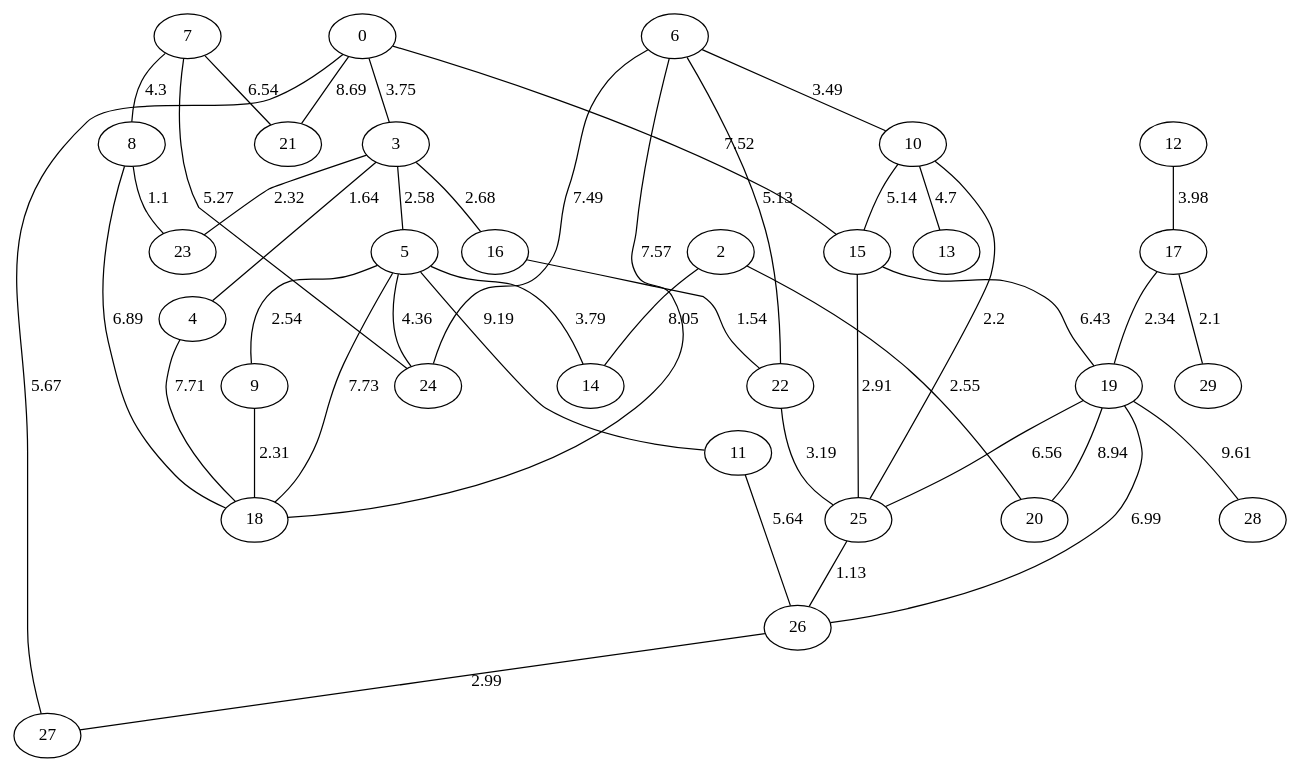
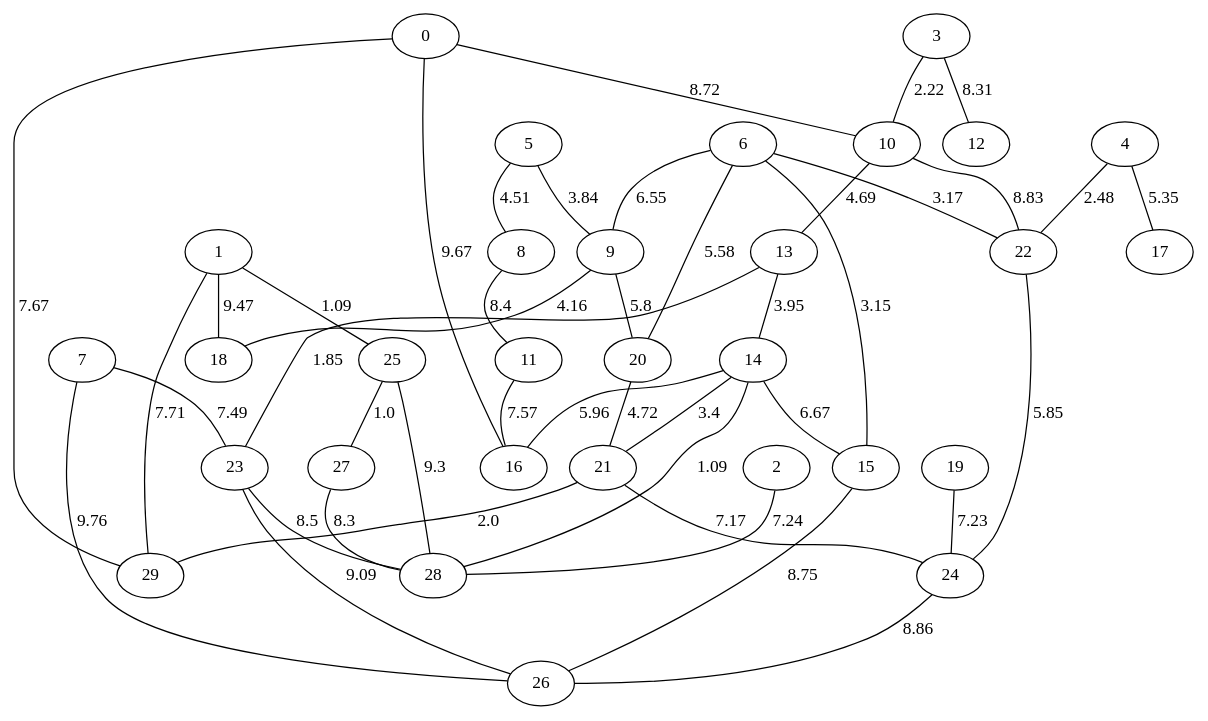
Before and after one commit to amorac4/DAA24: the diagram in Proyecto 3/ejemplos_grafo_dijkstra/grafo_Erdös-Rényi_30.gv, drawn with Graphviz. The commit also changed 61 other files, not shown here.

```diff
--- a/Proyecto 3/ejemplos_grafo_dijkstra/grafo_Erdös-Rényi_30.gv
+++ b/Proyecto 3/ejemplos_grafo_dijkstra/grafo_Erdös-Rényi_30.gv
@@ -1,74 +1,75 @@
 graph G {
 "0";
+"1";
 "2";
 "3";
 "4";
 "5";
 "6";
 "7";
 "8";
 "9";
 "10";
 "11";
 "12";
 "13";
 "14";
 "15";
 "16";
 "17";
 "18";
 "19";
 "20";
 "21";
 "22";
 "23";
 "24";
 "25";
 "26";
 "27";
 "28";
 "29";
-    "5" -- "9"[label="2.54", len="2.54"];
-    "0" -- "27"[label="5.67", len="5.67"];
-    "7" -- "21"[label="6.54", len="6.54"];
-    "8" -- "23"[label="1.1", len="1.1"];
-    "4" -- "18"[label="7.71", len="7.71"];
-    "17" -- "29"[label="2.1", len="2.1"];
-    "19" -- "26"[label="6.99", len="6.99"];
-    "10" -- "15"[label="5.14", len="5.14"];
-    "6" -- "24"[label="7.49", len="7.49"];
-    "9" -- "18"[label="2.31", len="2.31"];
-    "15" -- "19"[label="6.43", len="6.43"];
-    "0" -- "3"[label="3.75", len="3.75"];
-    "0" -- "21"[label="8.69", len="8.69"];
-    "0" -- "15"[label="7.52", len="7.52"];
-    "6" -- "10"[label="3.49", len="3.49"];
-    "7" -- "24"[label="5.27", len="5.27"];
-    "5" -- "18"[label="7.73", len="7.73"];
-    "25" -- "26"[label="1.13", len="1.13"];
-    "16" -- "22"[label="1.54", len="1.54"];
-    "19" -- "25"[label="6.56", len="6.56"];
-    "12" -- "17"[label="3.98", len="3.98"];
-    "6" -- "22"[label="5.13", len="5.13"];
-    "3" -- "16"[label="2.68", len="2.68"];
-    "3" -- "4"[label="1.64", len="1.64"];
-    "17" -- "19"[label="2.34", len="2.34"];
-    "19" -- "28"[label="9.61", len="9.61"];
-    "6" -- "18"[label="7.57", len="7.57"];
-    "5" -- "11"[label="9.19", len="9.19"];
-    "15" -- "25"[label="2.91", len="2.91"];
-    "3" -- "23"[label="2.32", len="2.32"];
-    "10" -- "13"[label="4.7", len="4.7"];
-    "2" -- "20"[label="2.55", len="2.55"];
-    "5" -- "24"[label="4.36", len="4.36"];
-    "11" -- "26"[label="5.64", len="5.64"];
-    "2" -- "14"[label="8.05", len="8.05"];
-    "19" -- "20"[label="8.94", len="8.94"];
-    "3" -- "5"[label="2.58", len="2.58"];
-    "22" -- "25"[label="3.19", len="3.19"];
-    "26" -- "27"[label="2.99", len="2.99"];
-    "10" -- "25"[label="2.2", len="2.2"];
-    "5" -- "14"[label="3.79", len="3.79"];
-    "8" -- "18"[label="6.89", len="6.89"];
-    "7" -- "8"[label="4.3", len="4.3"];
+    "11" -- "16"[label="7.57", len="7.57"];
+    "5" -- "9"[label="3.84", len="3.84"];
+    "6" -- "9"[label="6.55", len="6.55"];
+    "24" -- "26"[label="8.86", len="8.86"];
+    "25" -- "27"[label="1.0", len="1.0"];
+    "0" -- "16"[label="9.67", len="9.67"];
+    "0" -- "10"[label="8.72", len="8.72"];
+    "4" -- "22"[label="2.48", len="2.48"];
+    "23" -- "26"[label="9.09", len="9.09"];
+    "9" -- "18"[label="4.16", len="4.16"];
+    "1" -- "29"[label="7.71", len="7.71"];
+    "15" -- "26"[label="8.75", len="8.75"];
+    "5" -- "8"[label="4.51", len="4.51"];
+    "1" -- "25"[label="1.09", len="1.09"];
+    "20" -- "21"[label="4.72", len="4.72"];
+    "3" -- "10"[label="2.22", len="2.22"];
+    "6" -- "22"[label="3.17", len="3.17"];
+    "10" -- "22"[label="8.83", len="8.83"];
+    "0" -- "29"[label="7.67", len="7.67"];
+    "6" -- "15"[label="3.15", len="3.15"];
+    "27" -- "28"[label="8.3", len="8.3"];
+    "7" -- "23"[label="7.49", len="7.49"];
+    "14" -- "28"[label="1.09", len="1.09"];
+    "22" -- "24"[label="5.85", len="5.85"];
+    "9" -- "20"[label="5.8", len="5.8"];
+    "10" -- "13"[label="4.69", len="4.69"];
+    "8" -- "11"[label="8.4", len="8.4"];
+    "19" -- "24"[label="7.23", len="7.23"];
+    "14" -- "15"[label="6.67", len="6.67"];
+    "25" -- "28"[label="9.3", len="9.3"];
+    "13" -- "23"[label="1.85", len="1.85"];
+    "3" -- "12"[label="8.31", len="8.31"];
+    "14" -- "16"[label="5.96", len="5.96"];
+    "2" -- "28"[label="7.24", len="7.24"];
+    "7" -- "26"[label="9.76", len="9.76"];
+    "13" -- "14"[label="3.95", len="3.95"];
+    "23" -- "28"[label="8.5", len="8.5"];
+    "4" -- "17"[label="5.35", len="5.35"];
+    "21" -- "29"[label="2.0", len="2.0"];
+    "1" -- "18"[label="9.47", len="9.47"];
+    "6" -- "20"[label="5.58", len="5.58"];
+    "14" -- "21"[label="3.4", len="3.4"];
+    "21" -- "24"[label="7.17", len="7.17"];
 }
```
